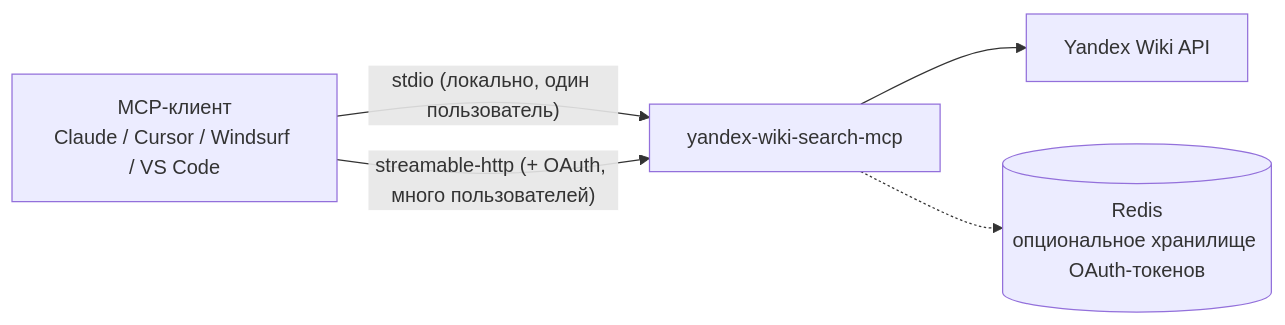
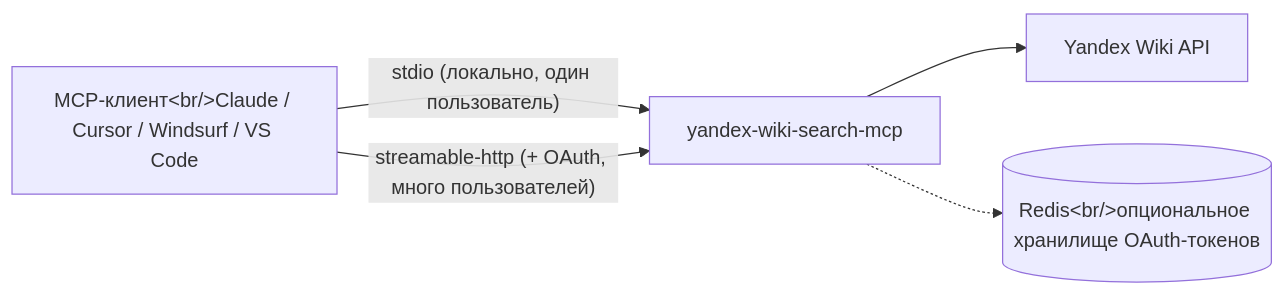
The diagram in README_ru.md (dlbolshov/yandex-wiki-search-mcp), drawn with Mermaid before and after one commit.

````diff
--- a/README_ru.md
+++ b/README_ru.md
@@ -284,11 +284,11 @@
 ```mermaid
 flowchart LR
-    C["MCP-клиент<br/>Claude / Cursor / Windsurf / VS Code"]
+    C["MCP-клиент&lt;br/&gt;Claude / Cursor / Windsurf / VS Code"]
     S["yandex-wiki-search-mcp"]
     W["Yandex Wiki API"]
-    R[("Redis<br/>опциональное хранилище OAuth-токенов")]
+    R[("Redis&lt;br/&gt;опциональное хранилище OAuth-токенов")]
     C -- "stdio (локально, один пользователь)" --> S
     C -- "streamable-http (+ OAuth, много пользователей)" --> S
     S --> W
     S -.-> R
 ```
````
